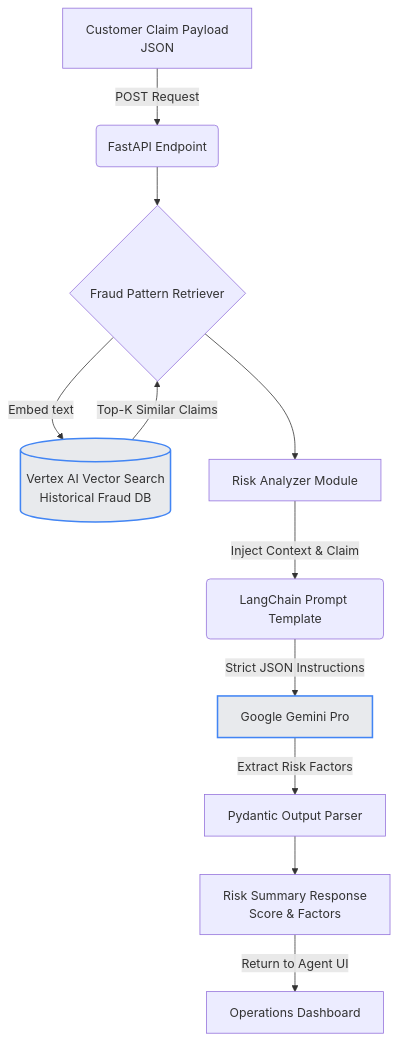
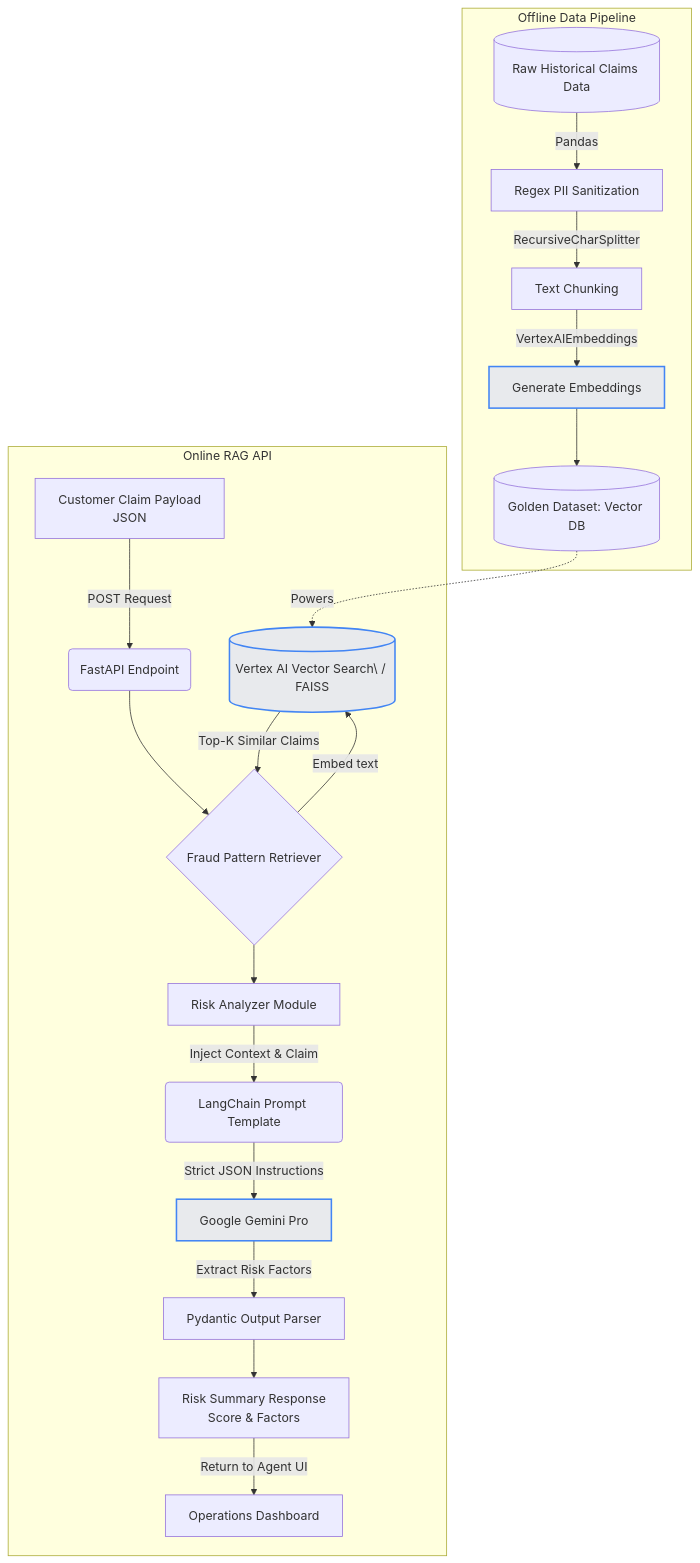
Before and after one commit to ferrosas2/helloworld: the diagram in AI-Systems-Architecture/RO-Fraud/README.md, drawn with Mermaid. The commit also changed 1 other file, not shown here.

Commit message:
Enhance README with detailed architecture flow and add build_vector_index.py for offline data ingestion and vector indexing

````diff
--- a/AI-Systems-Architecture/RO-Fraud/README.md
+++ b/AI-Systems-Architecture/RO-Fraud/README.md
@@ -10,16 +10,26 @@
 ```mermaid
 graph TD
-    A[Customer Claim Payload\nJSON] -->|POST Request| B(FastAPI Endpoint)
-    B --> C{Fraud Pattern Retriever}
-    C -->|Embed text| D[(Vertex AI Vector Search\nHistorical Fraud DB)]
-    D -->|Top-K Similar Claims| C
-    C --> E[Risk Analyzer Module]
-    E -->|Inject Context & Claim| F(LangChain Prompt Template)
-    F -->|Strict JSON Instructions| G[Google Gemini Pro]
-    G -->|Extract Risk Factors| H[Pydantic Output Parser]
-    H --> I[Risk Summary Response\nScore & Factors]
-    I -->|Return to Agent UI| J[Operations Dashboard]
+    subgraph Offline Data Pipeline
+        O1[(Raw Historical Claims Data)] -->|Pandas| O2[Regex PII Sanitization]
+        O2 -->|RecursiveCharSplitter| O3[Text Chunking]
+        O3 -->|VertexAIEmbeddings| O4[Generate Embeddings]
+        O4 --> O5[(Golden Dataset: Vector DB)]
+    end
+
+    subgraph Online RAG API
+        A[Customer Claim Payload\nJSON] -->|POST Request| B(FastAPI Endpoint)
+        B --> C{Fraud Pattern Retriever}
+        C -->|Embed text| D[(Vertex AI Vector Search\ / FAISS)]
+        O5 -.->|Powers| D
+        D -->|Top-K Similar Claims| C
+        C --> E[Risk Analyzer Module]
+        E -->|Inject Context & Claim| F(LangChain Prompt Template)
+        F -->|Strict JSON Instructions| G[Google Gemini Pro]
+        G -->|Extract Risk Factors| H[Pydantic Output Parser]
+        H --> I[Risk Summary Response\nScore & Factors]
+        I -->|Return to Agent UI| J[Operations Dashboard]
+    end
     
     classDef GCP fill:#e8eaed,stroke:#4285f4,stroke-width:2px;
-    class D,G GCP;
+    class D,G,O4 GCP;
 ```
````
